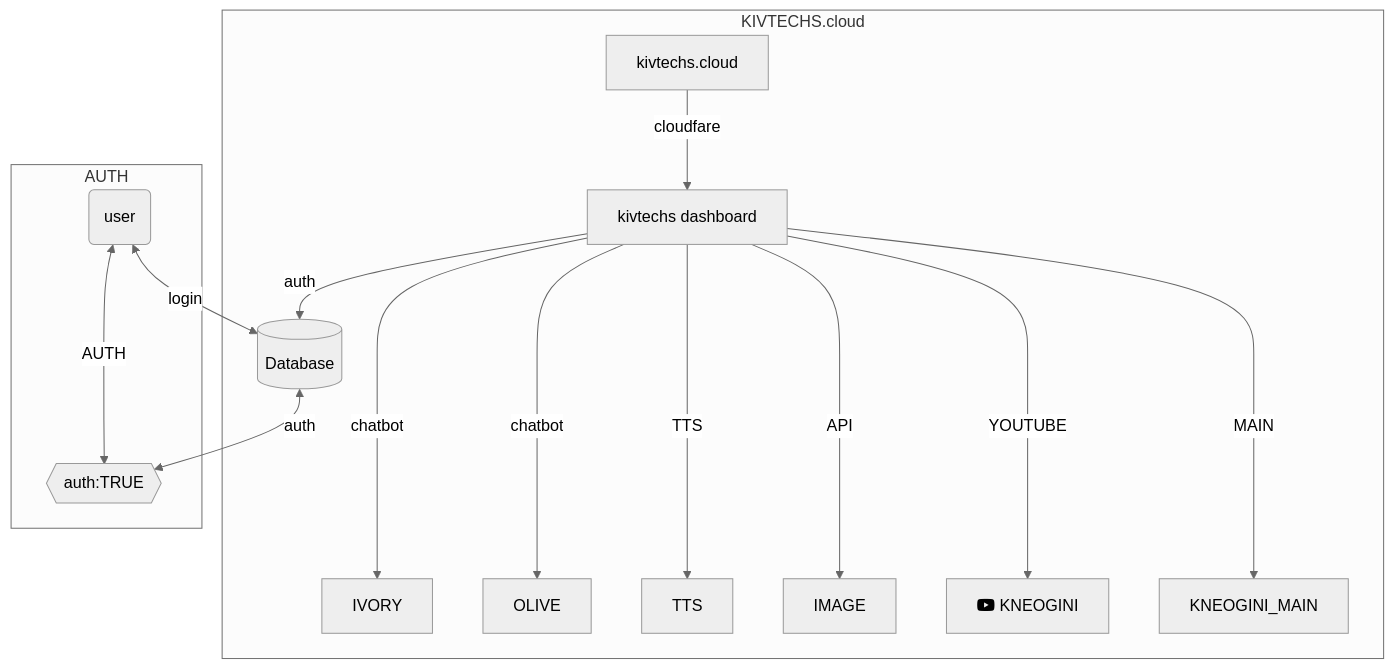
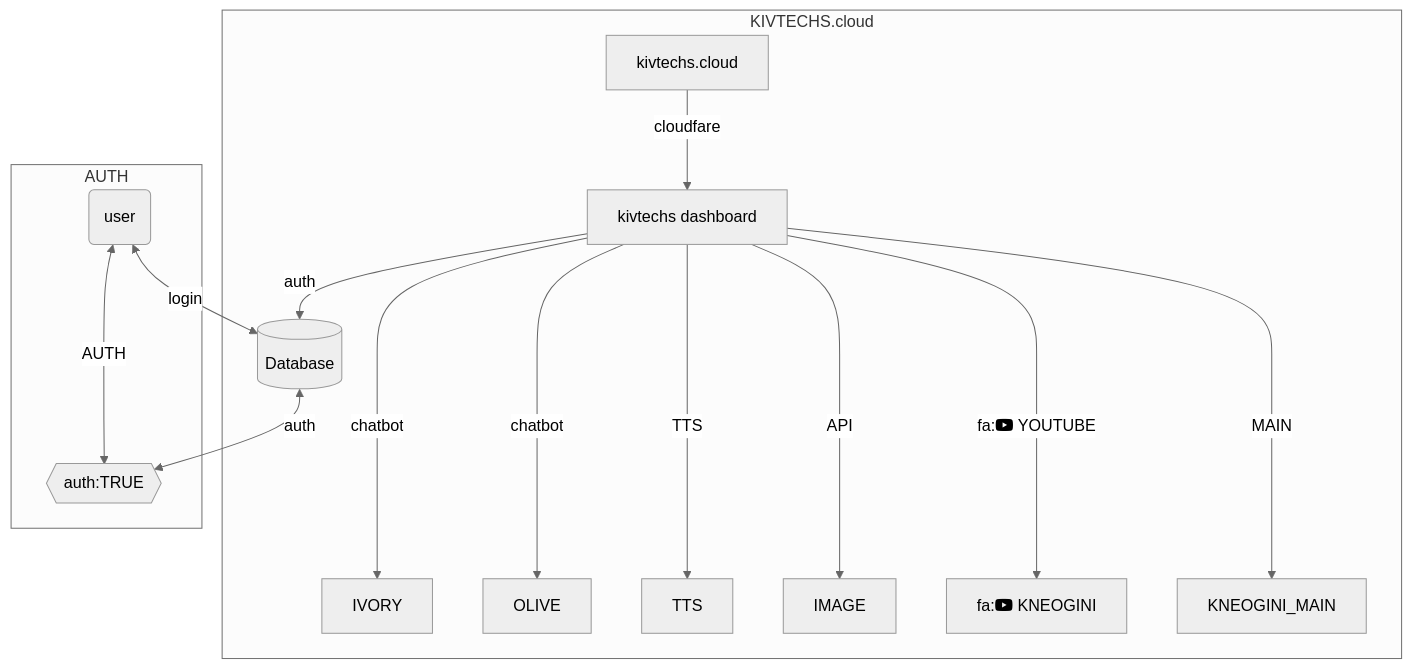
The diagram in README.md (kivtechs-uml/kivtechs-uml), drawn with Mermaid (neutral theme) before and after one commit.

````diff
--- a/README.md
+++ b/README.md
@@ -6,24 +6,24 @@
 ```mermaid
 flowchart TD
     subgraph KIVTECHS.cloud
     A[kivtechs.cloud] -->|cloudfare| B(kivtechs dashboard)
     B[kivtechs dashboard] ----> |chatbot| C1[IVORY]
     B[kivtechs dashboard] ----> |chatbot| C2[OLIVE]
     B[kivtechs dashboard] ----> |TTS| H[TTS]
     B[kivtechs dashboard] ----> |API| E[IMAGE]
-    B[kivtechs dashboard] ----> |YOUTUBE| F[fab:fa-youtube KNEOGINI]
+    B[kivtechs dashboard] ----> |fa:fab:fa-youtube YOUTUBE| F[fa:fab:fa-youtube KNEOGINI]
     B[kivtechs dashboard] ----> |MAIN| G[KNEOGINI_MAIN]
     B --auth-->D[(Database)]
     end
     subgraph AUTH
       A1(user) <-- login --> D[(Database)] <-- auth --> U{{ auth:TRUE }}
      A1  <-- AUTH --> U
      end
   
     
 
 
 
 
 
 ```
````
